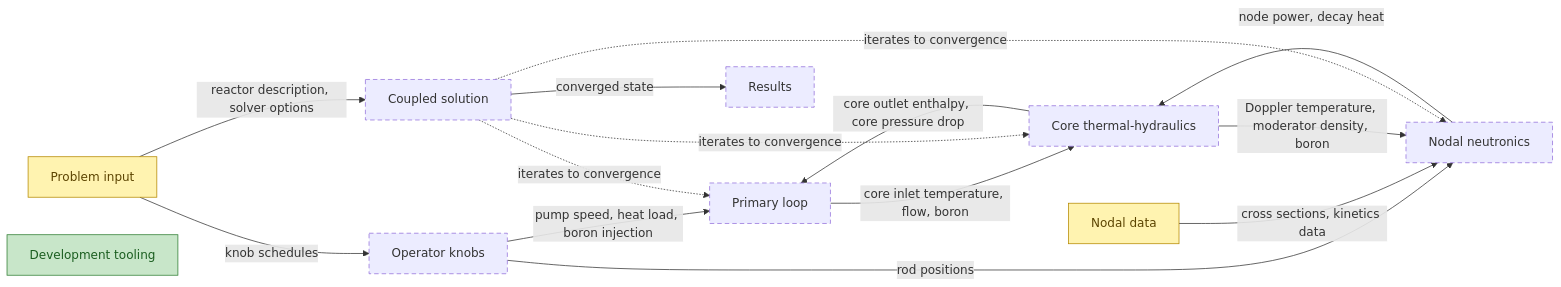
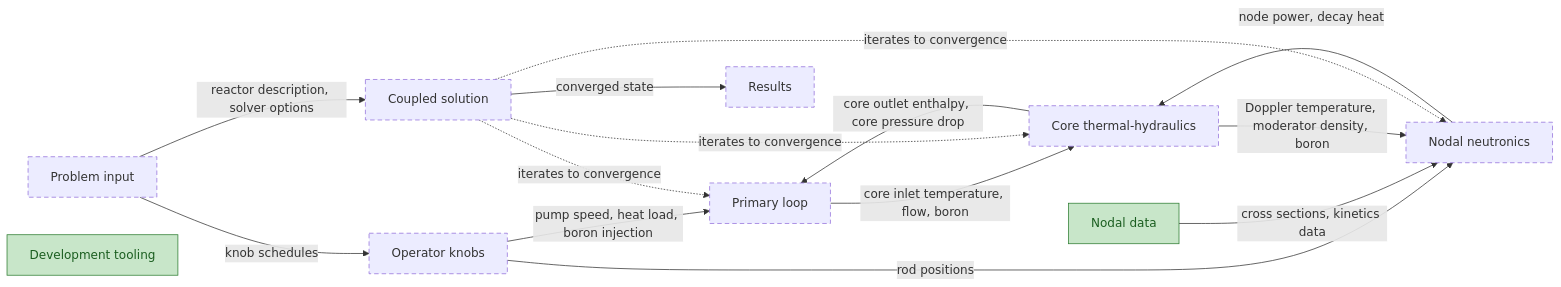
Before and after one commit to aurja130/URUS: the first of 15 diagrams in Planning/DBC/CONCEPTS.md, drawn with Mermaid. The commit also changed other lines of this file and 24 other files, not shown here.

````diff
--- a/Planning/DBC/CONCEPTS.md
+++ b/Planning/DBC/CONCEPTS.md
@@ -20,24 +20,24 @@
 ```mermaid
 flowchart LR
 classDef implemented fill:#c8e6c9,stroke:#2e7d32,color:#1b5e20
 classDef partial fill:#fff3b0,stroke:#b58900,color:#5c4400
 classDef planned stroke-dasharray:6 4
 classDef external fill:#eeeeee,stroke:#9e9e9e,stroke-dasharray:1 3,color:#616161
 ProblemInput["Problem input"] -->|knob schedules| Knobs["Operator knobs"]
 ProblemInput -->|reactor description, solver options| Coupling["Coupled solution"]
 Knobs -->|pump speed, heat load, boron injection| PrimaryLoop["Primary loop"]
 Knobs -->|rod positions| Neutronics["Nodal neutronics"]
 NodalLibrary["Nodal data"] -->|cross sections, kinetics data| Neutronics
 PrimaryLoop -->|core inlet temperature, flow, boron| CoreThermalHydraulics["Core thermal-hydraulics"]
 CoreThermalHydraulics -->|core outlet enthalpy, core pressure drop| PrimaryLoop
 Neutronics -->|node power, decay heat| CoreThermalHydraulics
 CoreThermalHydraulics -->|Doppler temperature, moderator density, boron| Neutronics
 Coupling -.->|iterates to convergence| Neutronics
 Coupling -.->|iterates to convergence| CoreThermalHydraulics
 Coupling -.->|iterates to convergence| PrimaryLoop
 Coupling -->|converged state| Results["Results"]
 Tooling["Development tooling"]
-class Knobs,Neutronics,CoreThermalHydraulics,PrimaryLoop,Coupling,Results planned
-class ProblemInput,NodalLibrary partial
+class ProblemInput,Knobs,Neutronics,CoreThermalHydraulics,PrimaryLoop,Coupling,Results planned
+class NodalLibrary implemented
 class Tooling implemented
 ```
````
